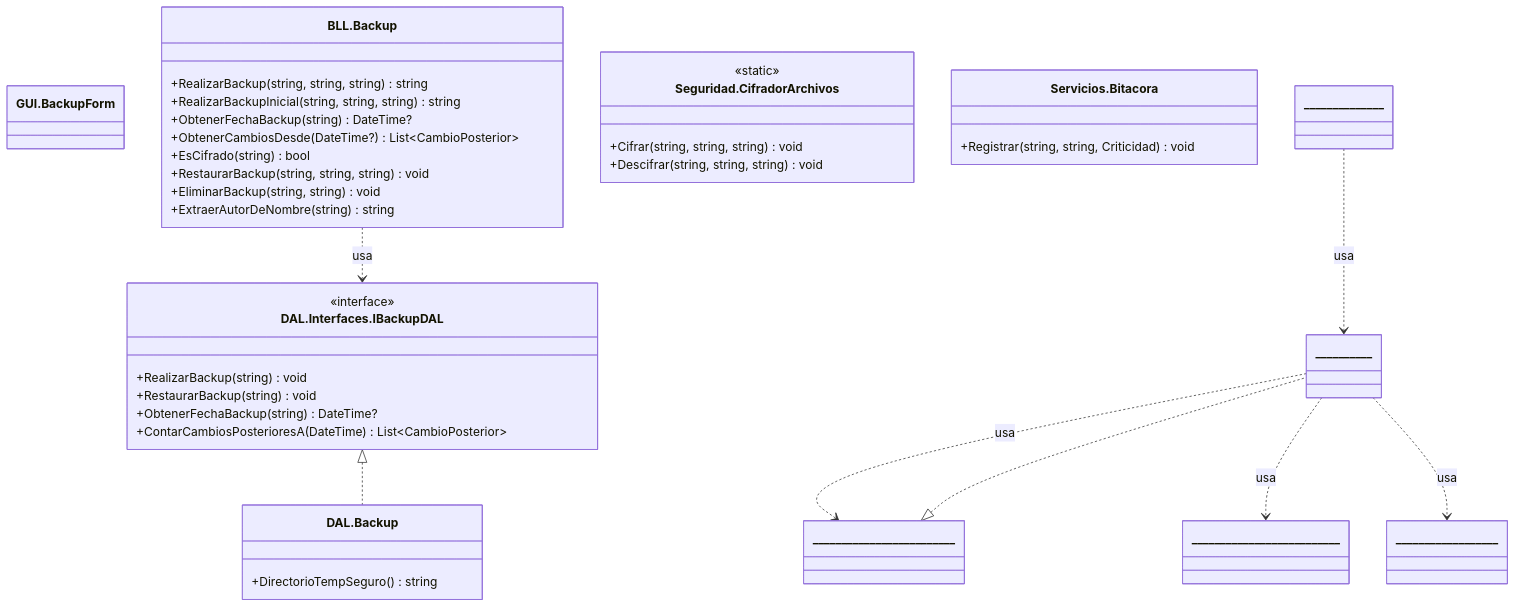
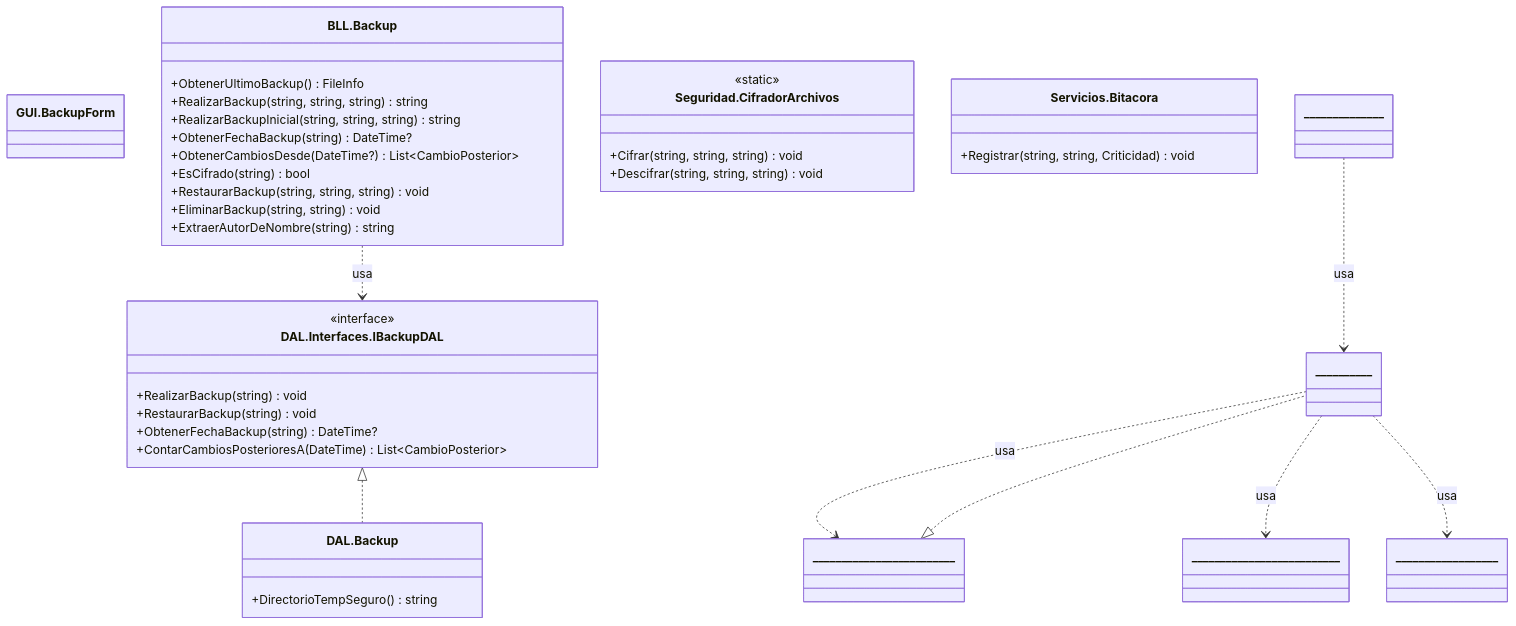
One commit to valentinamorana/Trabajo-de-Diploma changed the diagram in docs/diagramas/mermaid/CLASES_T08_backup.mmd. Above: the diagram before and after it, drawn with Mermaid. The commit also changed 40 other files, not shown here.

```diff
--- a/docs/diagramas/mermaid/CLASES_T08_backup.mmd
+++ b/docs/diagramas/mermaid/CLASES_T08_backup.mmd
@@ -1,39 +1,40 @@
 classDiagram
   direction TB
   class GUI_BackupForm["GUI.BackupForm"] {
   }
   class BLL_Backup["BLL.Backup"] {
+    +ObtenerUltimoBackup() FileInfo
     +RealizarBackup(string,  string,  string) string
     +RealizarBackupInicial(string,  string,  string) string
     +ObtenerFechaBackup(string) DateTime?
     +ObtenerCambiosDesde(DateTime?) List~CambioPosterior~
     +EsCifrado(string) bool
     +RestaurarBackup(string,  string,  string) void
     +EliminarBackup(string,  string) void
     +ExtraerAutorDeNombre(string) string
   }
   class DAL_Interfaces_IBackupDAL["DAL.Interfaces.IBackupDAL"] {
     <<interface>>
     +RealizarBackup(string) void
     +RestaurarBackup(string) void
     +ObtenerFechaBackup(string) DateTime?
     +ContarCambiosPosterioresA(DateTime) List~CambioPosterior~
   }
   class DAL_Backup["DAL.Backup"] {
     +DirectorioTempSeguro() string
   }
   class Seguridad_CifradorArchivos["Seguridad.CifradorArchivos"] {
     <<static>>
     +Cifrar(string,  string,  string) void
     +Descifrar(string,  string,  string) void
   }
   class Servicios_Bitacora["Servicios.Bitacora"] {
     +Registrar(string,  string,  Criticidad) void
   }
   BLL_Backup ..> DAL_Interfaces_IBackupDAL : usa
   DAL_Interfaces_IBackupDAL <|.. DAL_Backup
   ______________ ..> __________ : usa
   __________ ..> _________________________ : usa
   __________ ..> __________________________ : usa
   __________ ..> __________________ : usa
   _________________________ <|.. __________
```
